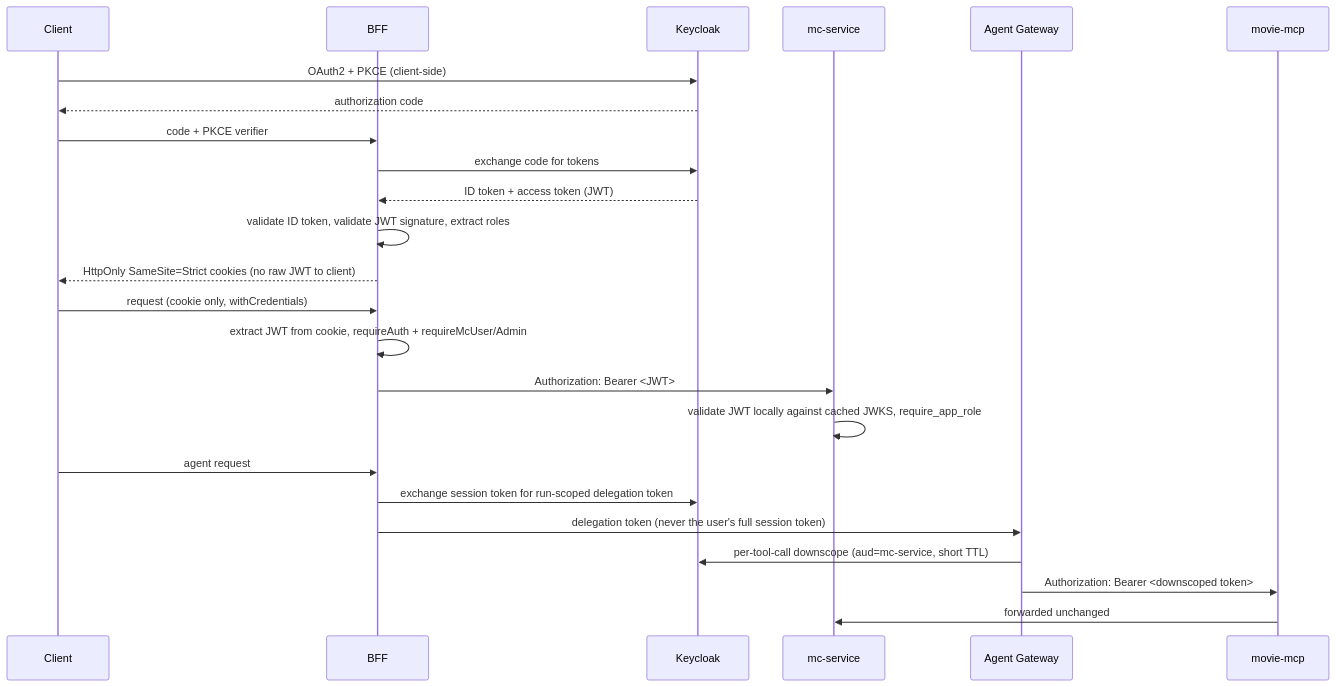
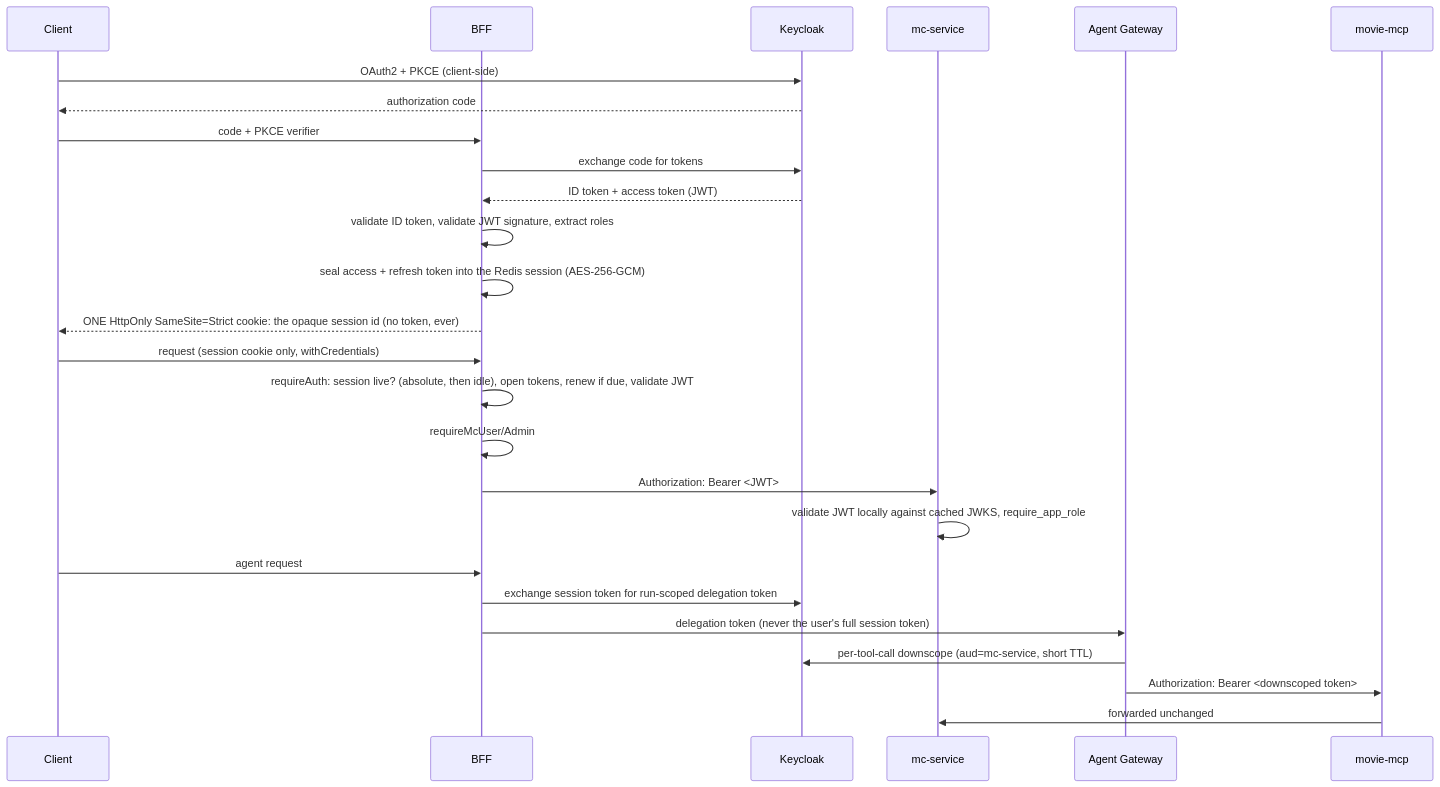
Before and after one commit to jumbleknot/MovieCollectionManager: the diagram in openwiki/invariants/auth-chain.md, drawn with Mermaid. The commit also changed other lines of this file and 95 other files, not shown here.

````diff
--- a/openwiki/invariants/auth-chain.md
+++ b/openwiki/invariants/auth-chain.md
@@ -15,27 +15,29 @@
 ```mermaid
 sequenceDiagram
   participant Client
   participant BFF
   participant Keycloak
   participant mc as mc-service
   participant Gateway as Agent Gateway
   participant MCP as movie-mcp
 
   Client->>Keycloak: OAuth2 + PKCE (client-side)
   Keycloak-->>Client: authorization code
   Client->>BFF: code + PKCE verifier
   BFF->>Keycloak: exchange code for tokens
   Keycloak-->>BFF: ID token + access token (JWT)
   BFF->>BFF: validate ID token, validate JWT signature, extract roles
-  BFF-->>Client: HttpOnly SameSite=Strict cookies (no raw JWT to client)
-  Client->>BFF: request (cookie only, withCredentials)
-  BFF->>BFF: extract JWT from cookie, requireAuth + requireMcUser/Admin
+  BFF->>BFF: seal access + refresh token into the Redis session (AES-256-GCM)
+  BFF-->>Client: ONE HttpOnly SameSite=Strict cookie: the opaque session id (no token, ever)
+  Client->>BFF: request (session cookie only, withCredentials)
+  BFF->>BFF: requireAuth: session live? (absolute, then idle), open tokens, renew if due, validate JWT
+  BFF->>BFF: requireMcUser/Admin
   BFF->>mc: Authorization: Bearer <JWT>
   mc->>mc: validate JWT locally against cached JWKS, require_app_role
   Client->>BFF: agent request
   BFF->>Keycloak: exchange session token for run-scoped delegation token
   BFF->>Gateway: delegation token (never the user's full session token)
   Gateway->>Keycloak: per-tool-call downscope (aud=mc-service, short TTL)
   Gateway->>MCP: Authorization: Bearer <downscoped token>
   MCP->>mc: forwarded unchanged
 ```
````
